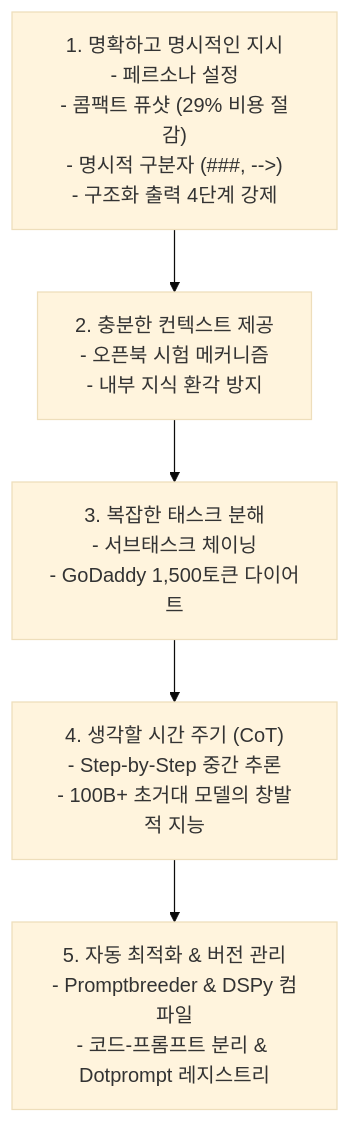
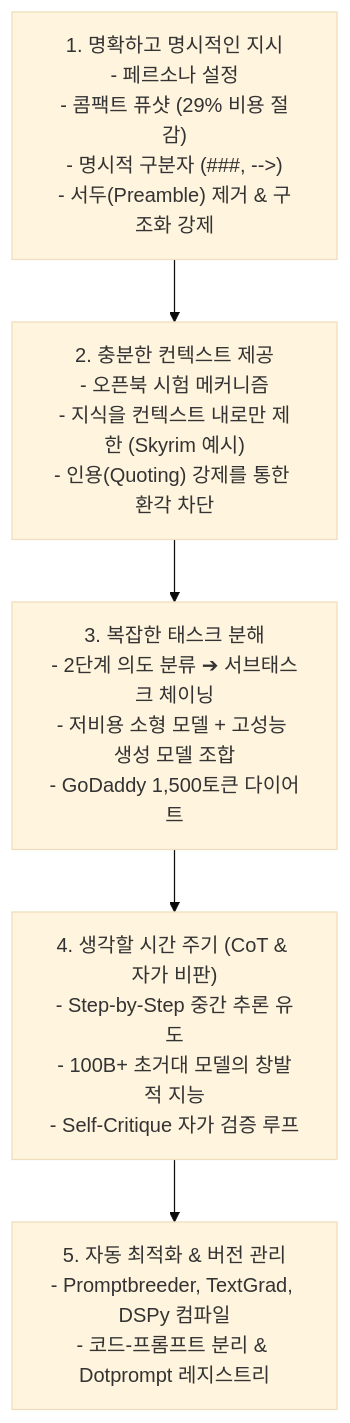
One commit to sing-u8/AI-Engineering changed the diagram in chapter-qa/ch05-prompt-engineering-qa/02-prompt-engineering-best-practices.md. Above: the diagram before and after it, drawn with Mermaid (base theme). The commit also changed other lines of this file, not shown here.

````diff
--- a/chapter-qa/ch05-prompt-engineering-qa/02-prompt-engineering-best-practices.md
+++ b/chapter-qa/ch05-prompt-engineering-qa/02-prompt-engineering-best-practices.md
@@ -37,7 +37,7 @@
 ```mermaid
 flowchart TD
-    P1["1. 명확하고 명시적인 지시\n- 페르소나 설정\n- 콤팩트 퓨샷 (29% 비용 절감)\n- 명시적 구분자 (###, -->)\n- 구조화 출력 4단계 강제"] --> P2["2. 충분한 컨텍스트 제공\n- 오픈북 시험 메커니즘\n- 내부 지식 환각 방지"]
-    P2 --> P3["3. 복잡한 태스크 분해\n- 서브태스크 체이닝\n- GoDaddy 1,500토큰 다이어트"]
-    P3 --> P4["4. 생각할 시간 주기 (CoT)\n- Step-by-Step 중간 추론\n- 100B+ 초거대 모델의 창발적 지능"]
-    P4 --> P5["5. 자동 최적화 & 버전 관리\n- Promptbreeder & DSPy 컴파일\n- 코드-프롬프트 분리 & Dotprompt 레지스트리"]
+    P1["1. 명확하고 명시적인 지시\n- 페르소나 설정\n- 콤팩트 퓨샷 (29% 비용 절감)\n- 명시적 구분자 (###, -->)\n- 서두(Preamble) 제거 & 구조화 강제"] --> P2["2. 충분한 컨텍스트 제공\n- 오픈북 시험 메커니즘\n- 지식을 컨텍스트 내로만 제한 (Skyrim 예시)\n- 인용(Quoting) 강제를 통한 환각 차단"]
+    P2 --> P3["3. 복잡한 태스크 분해\n- 2단계 의도 분류 ➔ 서브태스크 체이닝\n- 저비용 소형 모델 + 고성능 생성 모델 조합\n- GoDaddy 1,500토큰 다이어트"]
+    P3 --> P4["4. 생각할 시간 주기 (CoT & 자가 비판)\n- Step-by-Step 중간 추론 유도\n- 100B+ 초거대 모델의 창발적 지능\n- Self-Critique 자가 검증 루프"]
+    P4 --> P5["5. 자동 최적화 & 버전 관리\n- Promptbreeder, TextGrad, DSPy 컴파일\n- 코드-프롬프트 분리 & Dotprompt 레지스트리"]
 ```
````
